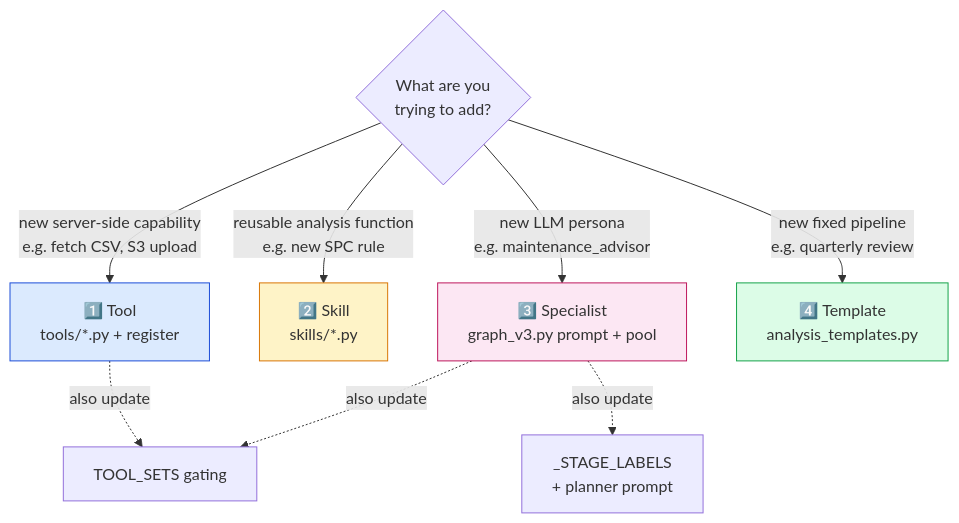
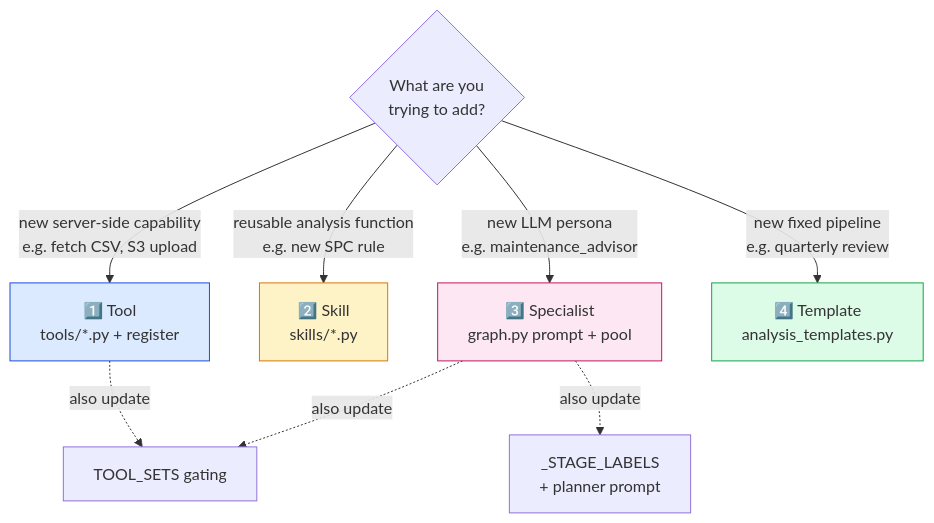
One commit to Patchino76/ok_dashboard changed the diagram in python/agentic/docs/py_md/16_extending.md. Above: the diagram before and after it, drawn with Mermaid. The commit also changed other lines of this file and 24 other files, not shown here.

````diff
--- a/python/agentic/docs/py_md/16_extending.md
+++ b/python/agentic/docs/py_md/16_extending.md
@@ -9,17 +9,17 @@
 ```mermaid
 flowchart TD
     Q{What are you<br/>trying to add?}
     Q -->|new server-side capability<br/>e.g. fetch CSV, S3 upload| TOOL[1️⃣ Tool<br/>tools/*.py + register]
     Q -->|reusable analysis function<br/>e.g. new SPC rule| SKILL[2️⃣ Skill<br/>skills/*.py]
-    Q -->|new LLM persona<br/>e.g. maintenance_advisor| SPEC[3️⃣ Specialist<br/>graph_v3.py prompt + pool]
+    Q -->|new LLM persona<br/>e.g. maintenance_advisor| SPEC[3️⃣ Specialist<br/>graph.py prompt + pool]
     Q -->|new fixed pipeline<br/>e.g. quarterly review| TPL[4️⃣ Template<br/>analysis_templates.py]
 
     TOOL -.also update.-> TS[TOOL_SETS gating]
     SPEC -.also update.-> TS
     SPEC -.also update.-> LBL[_STAGE_LABELS<br/>+ planner prompt]
 
     style TOOL fill:#dbeafe,stroke:#1d4ed8
     style SKILL fill:#fef3c7,stroke:#d97706
     style SPEC fill:#fce7f3,stroke:#be185d
     style TPL fill:#dcfce7,stroke:#16a34a
 ```
````
